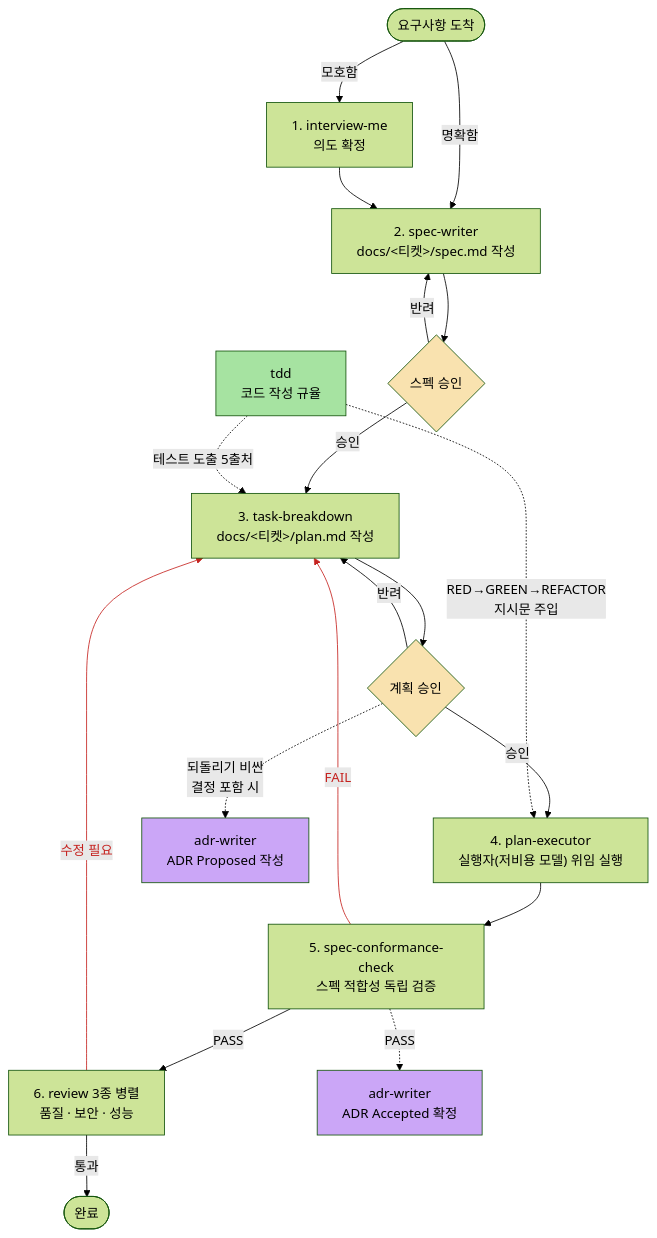
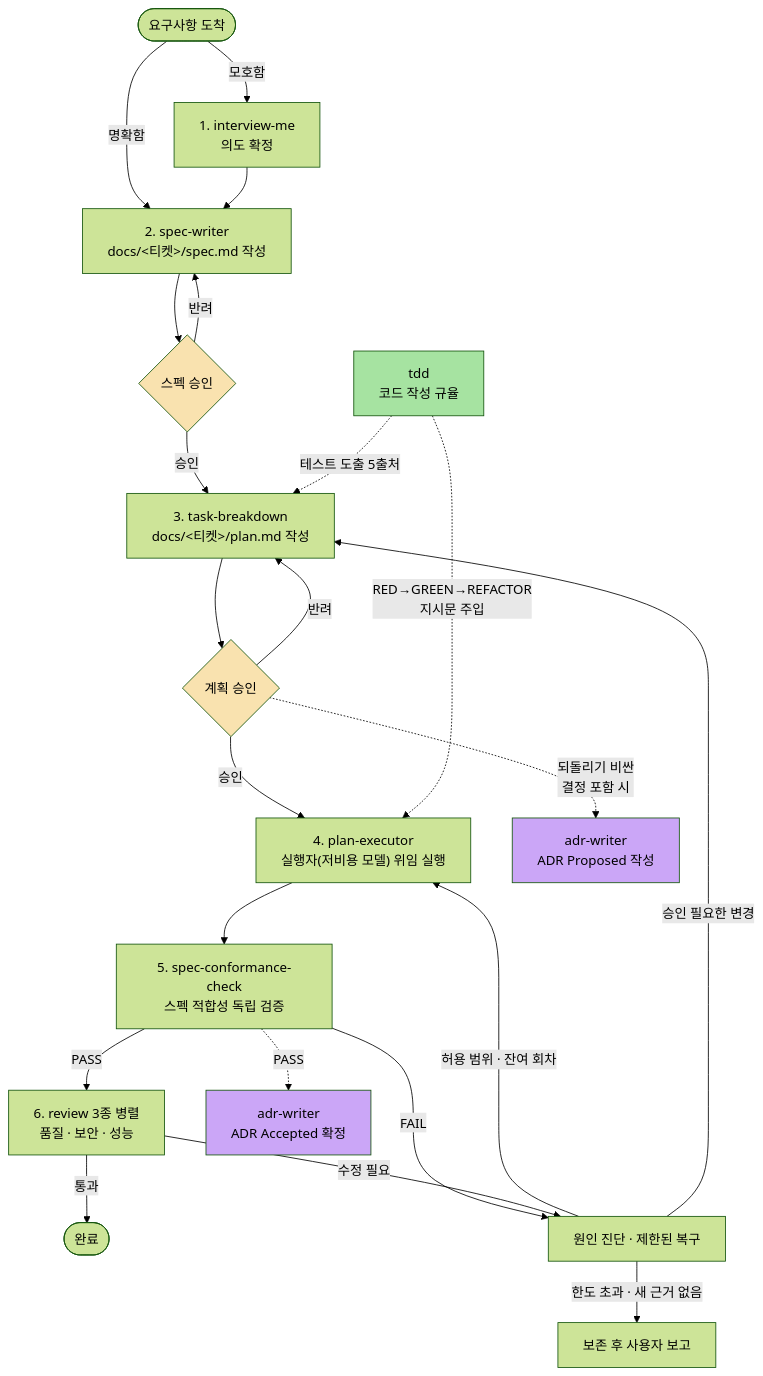
The diagram in README.md (nyeonu/skills), drawn with Mermaid (forest theme) before and after one commit. The commit also changed other lines of this file and 9 other files, not shown here.

````diff
--- a/README.md
+++ b/README.md
@@ -73,42 +73,44 @@
 ```mermaid
 flowchart TD
     start([요구사항 도착])
     interview["1. interview-me<br>의도 확정"]
     spec["2. spec-writer<br>docs/&lt;티켓&gt;/spec.md 작성"]
     gate1{스펙 승인}
     plan["3. task-breakdown<br>docs/&lt;티켓&gt;/plan.md 작성"]
     gate2{계획 승인}
     exec["4. plan-executor<br>실행자(저비용 모델) 위임 실행"]
     verify["5. spec-conformance-check<br>스펙 적합성 독립 검증"]
     review["6. review 3종 병렬<br>품질 · 보안 · 성능"]
     done([완료])
     adr1["adr-writer<br>ADR Proposed 작성"]
     adr2["adr-writer<br>ADR Accepted 확정"]
     tdd["tdd<br>코드 작성 규율"]
 
     start -->|모호함| interview
     start -->|명확함| spec
     interview --> spec
     spec --> gate1
     gate1 -->|반려| spec
     gate1 -->|승인| plan
     plan --> gate2
     gate2 -->|반려| plan
     gate2 -->|승인| exec
     gate2 -.->|되돌리기 비싼<br>결정 포함 시| adr1
     tdd -.->|테스트 도출 5출처| plan
     tdd -.->|"RED→GREEN→REFACTOR<br>지시문 주입"| exec
     exec --> verify
-    verify -->|FAIL| plan
+    verify -->|FAIL| recovery["원인 진단 · 제한된 복구"]
+    recovery -->|허용 범위 · 잔여 회차| exec
+    recovery -->|승인 필요한 변경| plan
+    recovery -->|한도 초과 · 새 근거 없음| blocked["보존 후 사용자 보고"]
     verify -->|PASS| review
     verify -.->|PASS| adr2
-    review -->|수정 필요| plan
+    review -->|수정 필요| recovery
     review -->|통과| done
 
-    linkStyle 13,16 stroke:#C5221F,color:#C5221F
     style gate1 fill:#f9e2af,color:#000
     style gate2 fill:#f9e2af,color:#000
     style adr1 fill:#cba6f7,color:#000
     style adr2 fill:#cba6f7,color:#000
     style tdd fill:#a6e3a1,color:#000
 ```
````
